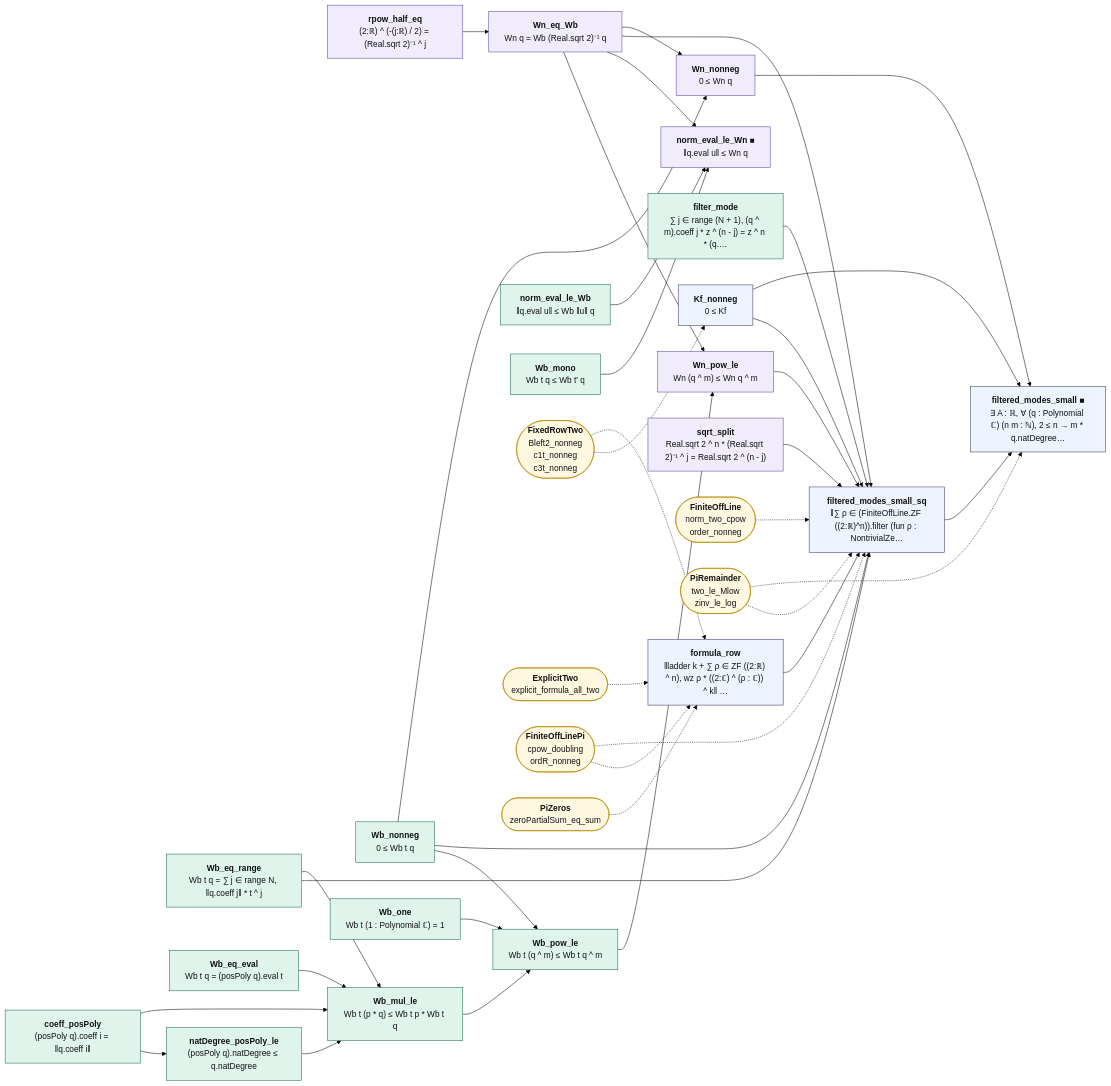
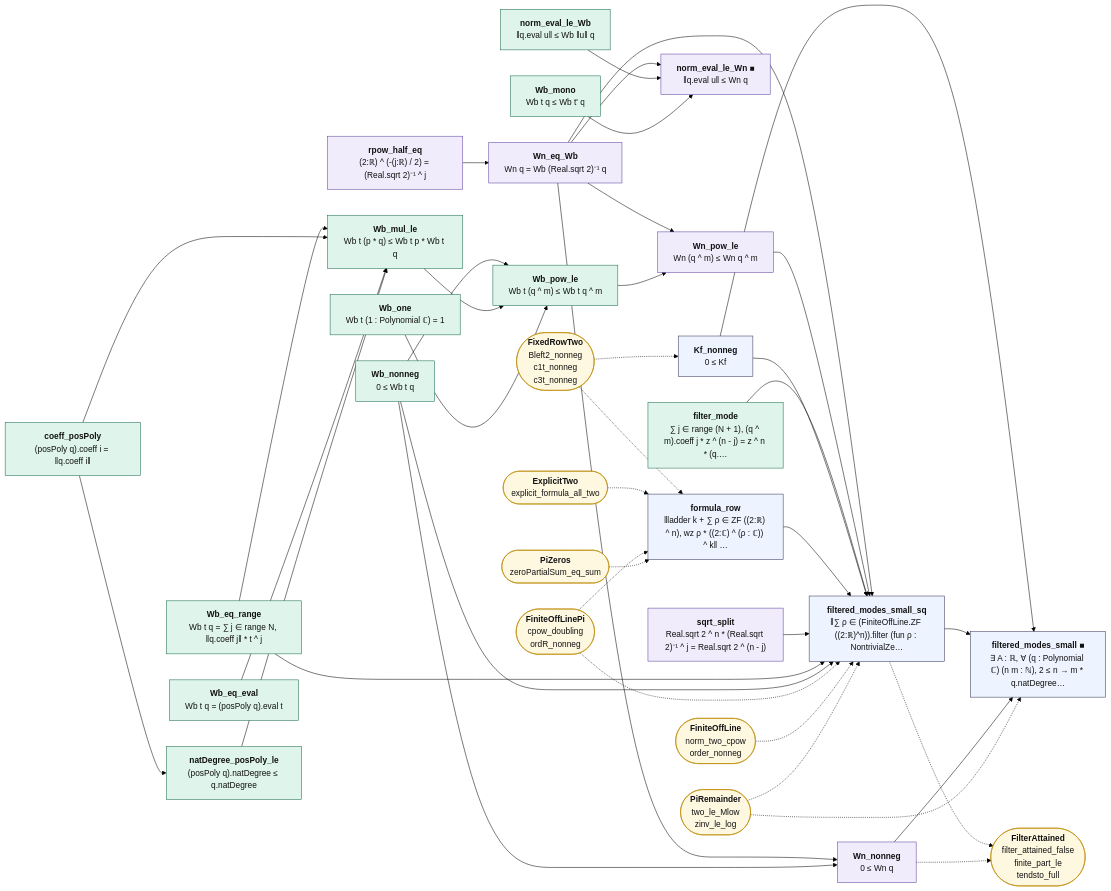
Before and after one commit to juliansambranojr/Primebeat_081426: the diagram in map/lean_stage3/FilterLadder.mmd, drawn with Mermaid (forest theme). The commit also changed 36 other files, not shown here.

First line of the commit message:
Block S2: a rate attained under some filter contradicts the ladder bound (unit 0467)

```diff
--- a/map/lean_stage3/FilterLadder.mmd
+++ b/map/lean_stage3/FilterLadder.mmd
@@ -1,72 +1,75 @@
 flowchart LR
   n0["<b>rpow_half_eq</b><br/>(2:ℝ) ^ (-(j:ℝ) / 2) = (Real.sqrt 2)⁻¹ ^ j"]:::shp
   n1["<b>Wn_eq_Wb</b><br/>Wn q = Wb (Real.sqrt 2)⁻¹ q"]:::shp
   n2["<b>Wb_eq_range</b><br/>Wb t q = ∑ j ∈ range N, ‖q.coeff j‖ * t ^ j"]:::cnt
   n3["<b>Wb_nonneg</b><br/>0 ≤ Wb t q"]:::cnt
   n4["<b>Wn_nonneg</b><br/>0 ≤ Wn q"]:::shp
   n5["<b>coeff_posPoly</b><br/>(posPoly q).coeff i = ‖q.coeff i‖"]:::cnt
   n6["<b>Wb_eq_eval</b><br/>Wb t q = (posPoly q).eval t"]:::cnt
   n7["<b>natDegree_posPoly_le</b><br/>(posPoly q).natDegree ≤ q.natDegree"]:::cnt
   n8["<b>Wb_mul_le</b><br/>Wb t (p * q) ≤ Wb t p * Wb t q"]:::cnt
   n9["<b>Wb_one</b><br/>Wb t (1 : Polynomial ℂ) = 1"]:::cnt
   n10["<b>Wb_pow_le</b><br/>Wb t (q ^ m) ≤ Wb t q ^ m"]:::cnt
   n11["<b>Wn_pow_le</b><br/>Wn (q ^ m) ≤ Wn q ^ m"]:::shp
   n12["<b>norm_eval_le_Wb</b><br/>‖q.eval u‖ ≤ Wb ‖u‖ q"]:::cnt
   n13["<b>Wb_mono</b><br/>Wb t q ≤ Wb t' q"]:::cnt
   n14["<b>norm_eval_le_Wn ■</b><br/>‖q.eval u‖ ≤ Wn q"]:::shp
   n15["<b>filter_mode</b><br/>∑ j ∈ range (N + 1), (q ^ m).coeff j * z ^ (n - j) = z ^ n * (q.…"]:::cnt
   n16["<b>Kf_nonneg</b><br/>0 ≤ Kf"]:::thm
   n17["<b>formula_row</b><br/>‖ladder k + ∑ ρ ∈ ZF ((2:ℝ) ^ n), wz ρ * ((2:ℂ) ^ (ρ : ℂ)) ^ k‖ …"]:::thm
   n18["<b>sqrt_split</b><br/>Real.sqrt 2 ^ n * (Real.sqrt 2)⁻¹ ^ j = Real.sqrt 2 ^ (n - j)"]:::shp
   n19["<b>filtered_modes_small_sq</b><br/>‖∑ ρ ∈ (FiniteOffLine.ZF ((2:ℝ)^n)).filter (fun ρ : NontrivialZe…"]:::thm
   n20["<b>filtered_modes_small ■</b><br/>∃ A : ℝ, ∀ (q : Polynomial ℂ) (n m : ℕ), 2 ≤ n → m * q.natDegree…"]:::thm
-  x0(["<b>FixedRowTwo</b><br/>Bleft2_nonneg<br/>c1t_nonneg<br/>c3t_nonneg"]):::ext
-  x1(["<b>ExplicitTwo</b><br/>explicit_formula_all_two"]):::ext
-  x2(["<b>FiniteOffLinePi</b><br/>cpow_doubling<br/>ordR_nonneg"]):::ext
-  x3(["<b>PiZeros</b><br/>zeroPartialSum_eq_sum"]):::ext
-  x4(["<b>FiniteOffLine</b><br/>norm_two_cpow<br/>order_nonneg"]):::ext
-  x5(["<b>PiRemainder</b><br/>two_le_Mlow<br/>zinv_le_log"]):::ext
+  x0(["<b>FilterAttained</b><br/>filter_attained_false<br/>finite_part_le<br/>tendsto_full"]):::ext
+  x1(["<b>FixedRowTwo</b><br/>Bleft2_nonneg<br/>c1t_nonneg<br/>c3t_nonneg"]):::ext
+  x2(["<b>ExplicitTwo</b><br/>explicit_formula_all_two"]):::ext
+  x3(["<b>FiniteOffLinePi</b><br/>cpow_doubling<br/>ordR_nonneg"]):::ext
+  x4(["<b>PiZeros</b><br/>zeroPartialSum_eq_sum"]):::ext
+  x5(["<b>FiniteOffLine</b><br/>norm_two_cpow<br/>order_nonneg"]):::ext
+  x6(["<b>PiRemainder</b><br/>two_le_Mlow<br/>zinv_le_log"]):::ext
   n0 --> n1
   n1 --> n11
   n1 --> n14
   n1 --> n19
   n1 --> n4
   n10 --> n11
   n11 --> n19
   n12 --> n14
   n13 --> n14
   n15 --> n19
   n16 --> n19
   n16 --> n20
   n17 --> n19
   n18 --> n19
   n19 --> n20
   n2 --> n19
   n2 --> n8
   n3 --> n10
   n3 --> n19
   n3 --> n4
   n4 --> n20
   n5 --> n7
   n5 --> n8
   n6 --> n8
   n7 --> n8
   n8 --> n10
   n9 --> n10
-  x0 -.-> n16
-  x0 -.-> n17
+  n19 -.-> x0
+  n4 -.-> x0
+  x1 -.-> n16
   x1 -.-> n17
   x2 -.-> n17
-  x2 -.-> n19
   x3 -.-> n17
-  x4 -.-> n19
+  x3 -.-> n19
+  x4 -.-> n17
   x5 -.-> n19
-  x5 -.-> n20
+  x6 -.-> n19
+  x6 -.-> n20
   classDef cnt fill:#dff5ec,stroke:#17694a,color:#111
   classDef shp fill:#f1ecfb,stroke:#5b3fa0,color:#111
   classDef rh fill:#ffe5e5,stroke:#c22,color:#111,stroke-width:2px
   classDef thm fill:#eef4ff,stroke:#335,color:#111
   classDef end_ fill:#e7f7e7,stroke:#2a7,color:#111,stroke-width:2px
   classDef lone fill:#fff,stroke:#999,color:#111,stroke-dasharray:4 3
   classDef bad fill:#ffe5e5,stroke:#c22,color:#111,stroke-width:2px
   classDef ext fill:#fff8e1,stroke:#b80,color:#111
```
